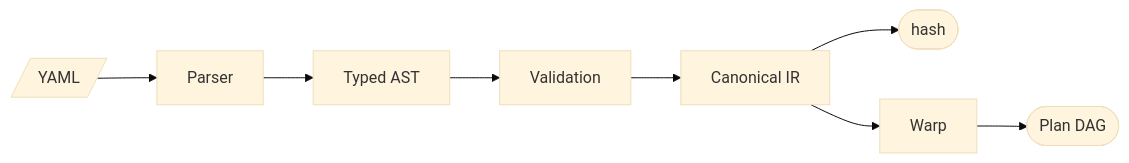
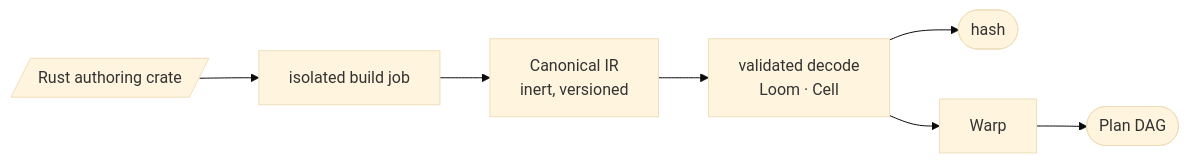
Before and after one commit to kmosoti/Nomos: the fourth of 19 diagrams in docs/PROJECT-SPEC.md, drawn with Mermaid (base theme). The commit also changed other lines of this file and 9 other files, not shown here.

First line of the commit message:
Decide D1: Canon is authored in Rust and shipped as an inert IR

````diff
--- a/docs/PROJECT-SPEC.md
+++ b/docs/PROJECT-SPEC.md
@@ -239,6 +219,6 @@
 ```mermaid
 flowchart LR
-    Y[/"YAML"/] --> P["Parser"] --> A["Typed AST"] --> V["Validation"] --> IR["Canonical IR"]
-    IR --> H(["hash"])
-    IR --> W["Warp"] --> D(["Plan DAG"])
+    R[/"Rust authoring crate"/] --> B["isolated build job"] --> IR["Canonical IR<br/>inert, versioned"]
+    IR --> V["validated decode<br/>Loom · Cell"] --> H(["hash"])
+    V --> W["Warp"] --> D(["Plan DAG"])
 ```
````
